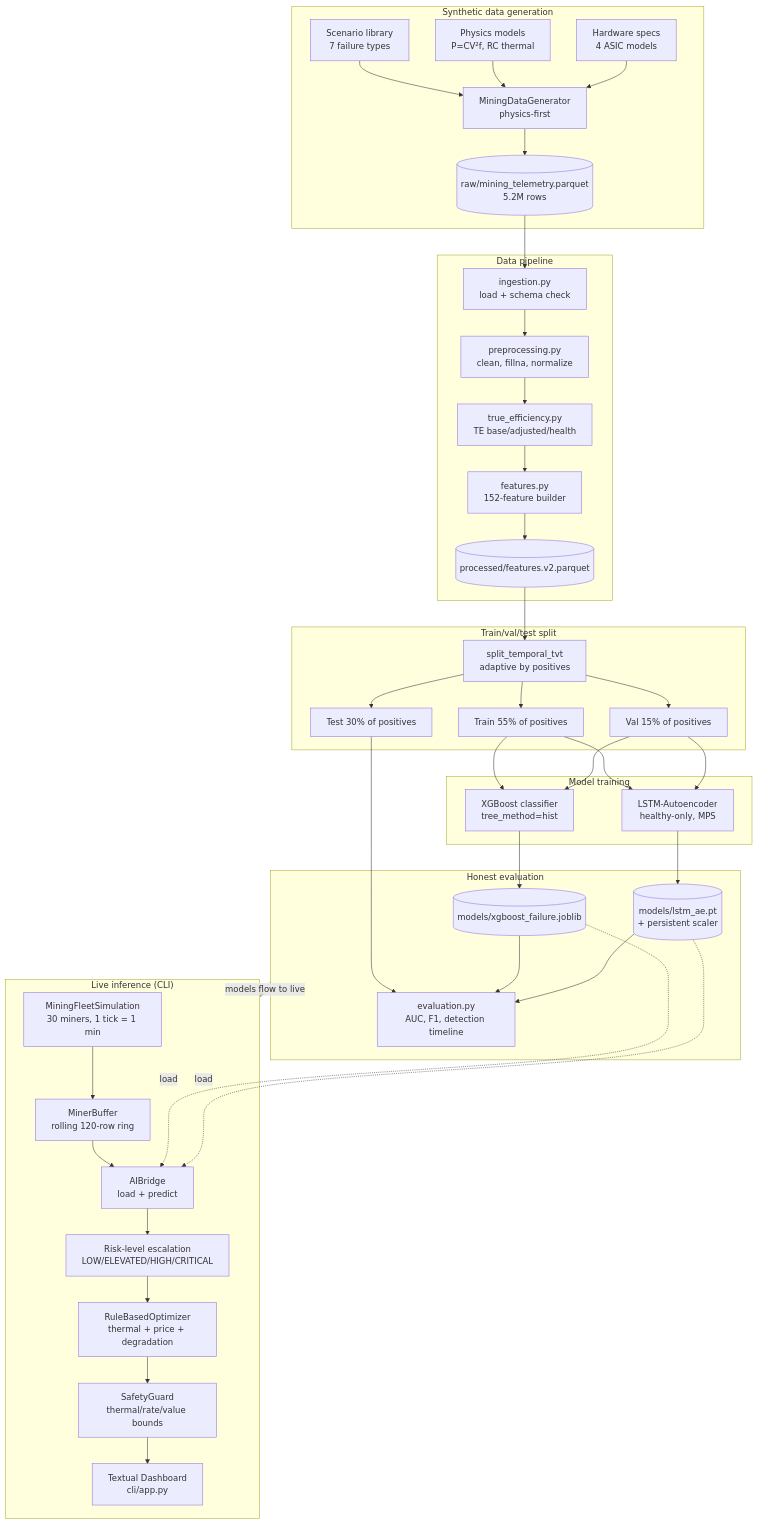
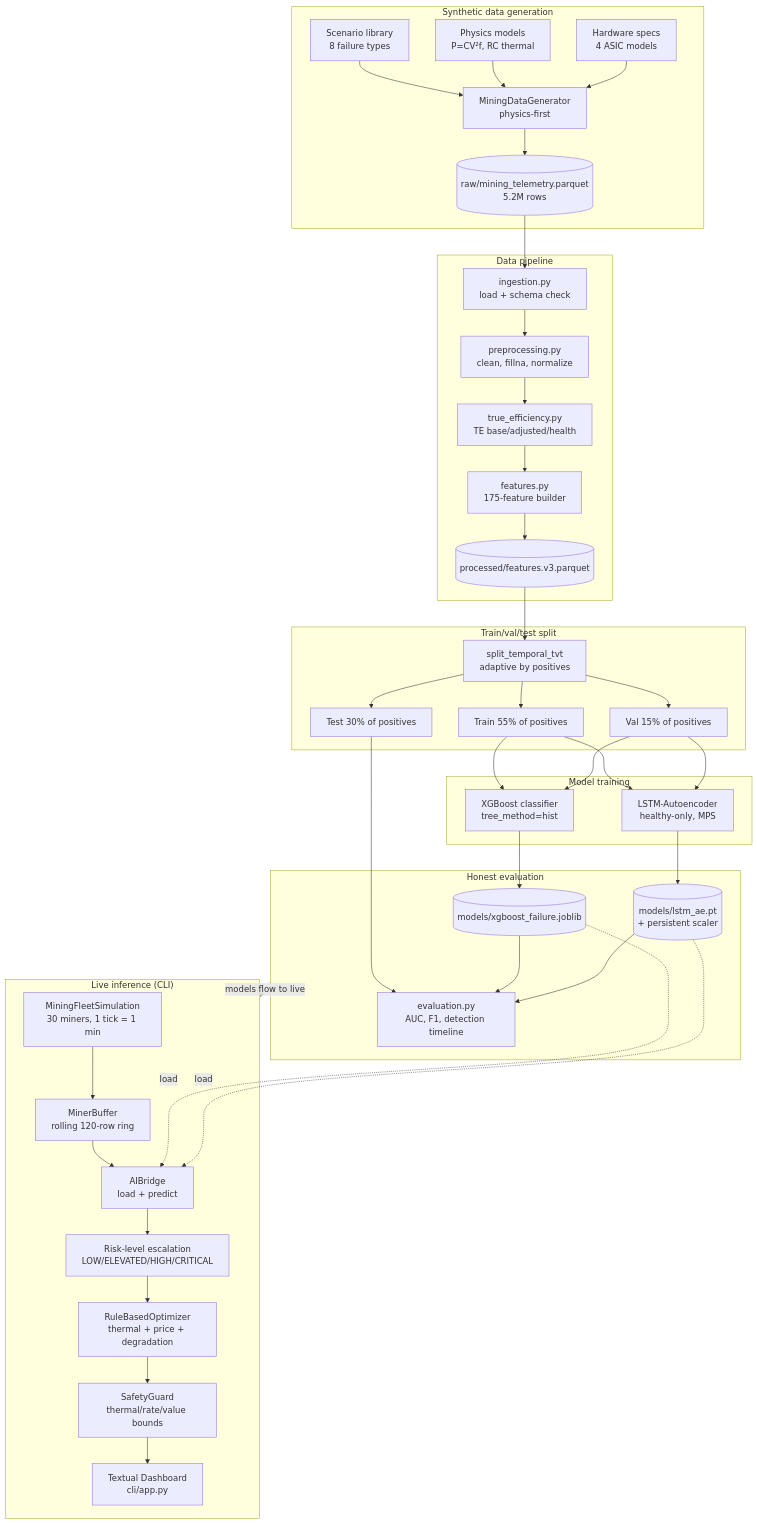
Before and after one commit to john-yo-ahn/mdk-mining-controller: the first of 4 diagrams in docs/ARCHITECTURE.md, drawn with Mermaid. The commit also changed other lines of this file and 2 other files, not shown here.

Commit message:
docs: refresh stale ARCHITECTURE numbers + plain-English polish on brief

````diff
--- a/docs/ARCHITECTURE.md
+++ b/docs/ARCHITECTURE.md
@@ -9,52 +9,52 @@
 ```mermaid
 flowchart TB
     subgraph Gen ["Synthetic data generation"]
-        SCEN[Scenario library<br/>7 failure types] --> GEN[MiningDataGenerator<br/>physics-first]
+        SCEN[Scenario library<br/>8 failure types] --> GEN[MiningDataGenerator<br/>physics-first]
         PHYS[Physics models<br/>P=CV²f, RC thermal] --> GEN
         SPECS[Hardware specs<br/>4 ASIC models] --> GEN
         GEN --> RAW[(raw/mining_telemetry.parquet<br/>5.2M rows)]
     end
 
     subgraph Pipe ["Data pipeline"]
         RAW --> ING[ingestion.py<br/>load + schema check]
         ING --> PRE[preprocessing.py<br/>clean, fillna, normalize]
         PRE --> KPI[true_efficiency.py<br/>TE base/adjusted/health]
-        KPI --> FEAT[features.py<br/>152-feature builder]
-        FEAT --> CACHE[(processed/features.v2.parquet)]
+        KPI --> FEAT[features.py<br/>175-feature builder]
+        FEAT --> CACHE[(processed/features.v3.parquet)]
     end
 
     subgraph Split ["Train/val/test split"]
         CACHE --> SPLIT[split_temporal_tvt<br/>adaptive by positives]
         SPLIT --> TRAIN[Train 55% of positives]
         SPLIT --> VAL[Val 15% of positives]
         SPLIT --> TEST[Test 30% of positives]
     end
 
     subgraph Train ["Model training"]
         TRAIN --> XGB[XGBoost classifier<br/>tree_method=hist]
         TRAIN --> LSTM[LSTM-Autoencoder<br/>healthy-only, MPS]
         VAL --> XGB
         VAL --> LSTM
     end
 
     subgraph Eval ["Honest evaluation"]
         XGB --> XGBSAVE[(models/xgboost_failure.joblib)]
         LSTM --> LSTMSAVE[(models/lstm_ae.pt<br/>+ persistent scaler)]
         TEST --> METRICS[evaluation.py<br/>AUC, F1, detection timeline]
         XGBSAVE --> METRICS
         LSTMSAVE --> METRICS
     end
 
     subgraph Live ["Live inference (CLI)"]
         SIM[MiningFleetSimulation<br/>30 miners, 1 tick = 1 min] --> BUF[MinerBuffer<br/>rolling 120-row ring]
         BUF --> AIBR[AIBridge<br/>load + predict]
         XGBSAVE -.load.-> AIBR
         LSTMSAVE -.load.-> AIBR
         AIBR --> RISK[Risk-level escalation<br/>LOW/ELEVATED/HIGH/CRITICAL]
         RISK --> OPT[RuleBasedOptimizer<br/>thermal + price + degradation]
         OPT --> SAFE[SafetyGuard<br/>thermal/rate/value bounds]
         SAFE --> DASH[Textual Dashboard<br/>cli/app.py]
     end
 
     Eval -.models flow to live.-> Live
 ```
````
